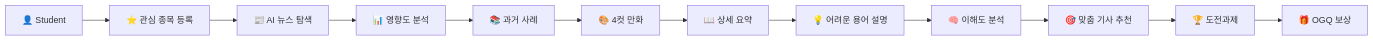
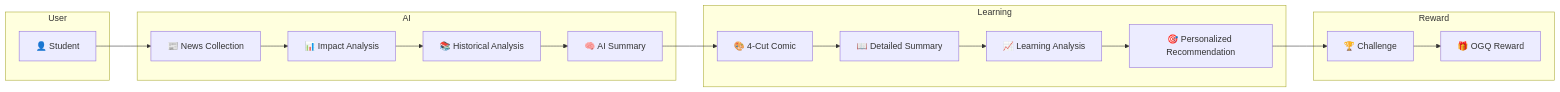
One commit to gage9650/CenTrend changed the diagram in docs/architecture.md. Above: the diagram before and after it, drawn with Mermaid. The commit also changed other lines of this file, not shown here.

````diff
--- a/docs/architecture.md
+++ b/docs/architecture.md
@@ -5,29 +5,37 @@
 ```mermaid
 flowchart LR
 
-A["👤 Student"]
+subgraph User
+    A[👤 Student]
+end
 
-B["⭐ 관심 종목 등록"]
+subgraph AI
+    B[📰 News Collection]
+    C[📊 Impact Analysis]
+    D[📚 Historical Analysis]
+    E[🧠 AI Summary]
+end
 
-C["📰 AI 뉴스 탐색"]
+subgraph Learning
+    F[🎨 4-Cut Comic]
+    G[📖 Detailed Summary]
+    H[📈 Learning Analysis]
+    I[🎯 Personalized Recommendation]
+end
 
-D["📊 영향도 분석"]
+subgraph Reward
+    J[🏆 Challenge]
+    K[🎁 OGQ Reward]
+end
 
-E["📚 과거 사례"]
-
-F["🎨 4컷 만화"]
-
-G["📖 상세 요약"]
-
-H["💡 어려운 용어 설명"]
-
-I["🧠 이해도 분석"]
-
-J["🎯 맞춤 기사 추천"]
-
-K["🏆 도전과제"]
-
-L["🎁 OGQ 보상"]
-
-A --> B --> C --> D --> E --> F --> G --> H --> I --> J --> K --> L
+A --> B
+B --> C
+C --> D
+D --> E
+E --> F
+F --> G
+G --> H
+H --> I
+I --> J
+J --> K
 ```
````
